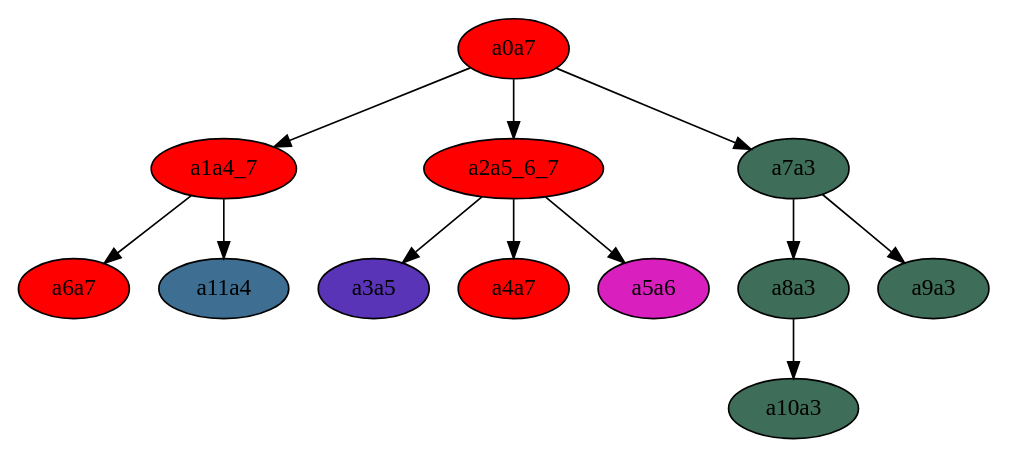
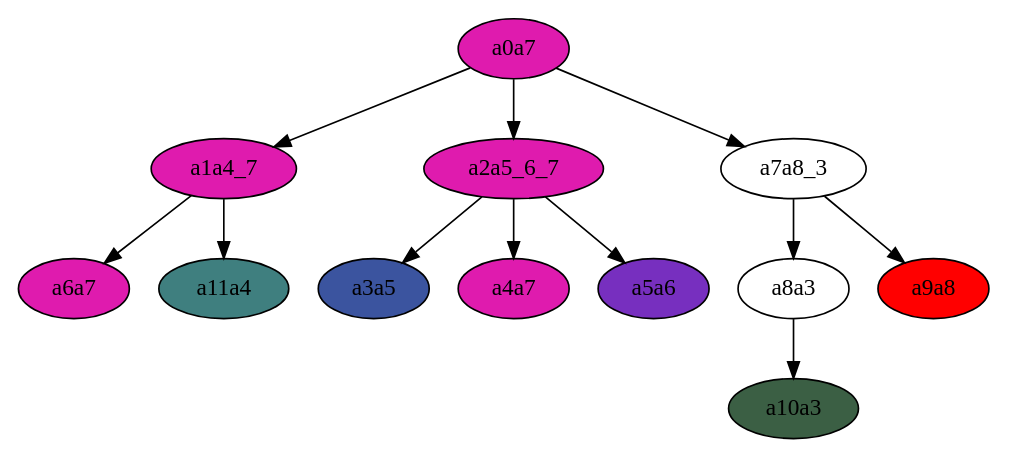
The diagram in fitch_step_1.dot (MenshovSergey/Fitch), drawn with Graphviz before and after one commit. The commit also changed 9 other files, not shown here.

```diff
--- a/fitch_step_1.dot
+++ b/fitch_step_1.dot
@@ -1,25 +1,23 @@
 digraph fitch_step_1{
-a0a7 [style=filled,fillcolor="1.0 1.0 1.0"]
+a0a7 [style=filled,fillcolor="0.875 0.875 0.875"]
 a0a7->a1a4_7;
-a1a4_7 [style=filled,fillcolor="1.0 1.0 1.0"]
+a1a4_7 [style=filled,fillcolor="0.875 0.875 0.875"]
 a1a4_7->a6a7;
-a6a7 [style=filled,fillcolor="1.0 1.0 1.0"]
+a6a7 [style=filled,fillcolor="0.875 0.875 0.875"]
 a1a4_7->a11a4;
-a11a4 [style=filled,fillcolor="0.5714285714285714 0.5714285714285714 0.5714285714285714"]
+a11a4 [style=filled,fillcolor="0.5 0.5 0.5"]
 a0a7->a2a5_6_7;
-a2a5_6_7 [style=filled,fillcolor="1.0 1.0 1.0"]
+a2a5_6_7 [style=filled,fillcolor="0.875 0.875 0.875"]
 a2a5_6_7->a3a5;
-a3a5 [style=filled,fillcolor="0.7142857142857143 0.7142857142857143 0.7142857142857143"]
+a3a5 [style=filled,fillcolor="0.625 0.625 0.625"]
 a2a5_6_7->a4a7;
-a4a7 [style=filled,fillcolor="1.0 1.0 1.0"]
+a4a7 [style=filled,fillcolor="0.875 0.875 0.875"]
 a2a5_6_7->a5a6;
-a5a6 [style=filled,fillcolor="0.8571428571428571 0.8571428571428571 0.8571428571428571"]
-a0a7->a7a3;
-a7a3 [style=filled,fillcolor="0.42857142857142855 0.42857142857142855 0.42857142857142855"]
-a7a3->a8a3;
-a8a3 [style=filled,fillcolor="0.42857142857142855 0.42857142857142855 0.42857142857142855"]
+a5a6 [style=filled,fillcolor="0.75 0.75 0.75"]
+a0a7->a7a8_3;
+a7a8_3->a8a3;
 a8a3->a10a3;
-a10a3 [style=filled,fillcolor="0.42857142857142855 0.42857142857142855 0.42857142857142855"]
-a7a3->a9a3;
-a9a3 [style=filled,fillcolor="0.42857142857142855 0.42857142857142855 0.42857142857142855"]
+a10a3 [style=filled,fillcolor="0.375 0.375 0.375"]
+a7a8_3->a9a8;
+a9a8 [style=filled,fillcolor="1.0 1.0 1.0"]
 }
```
